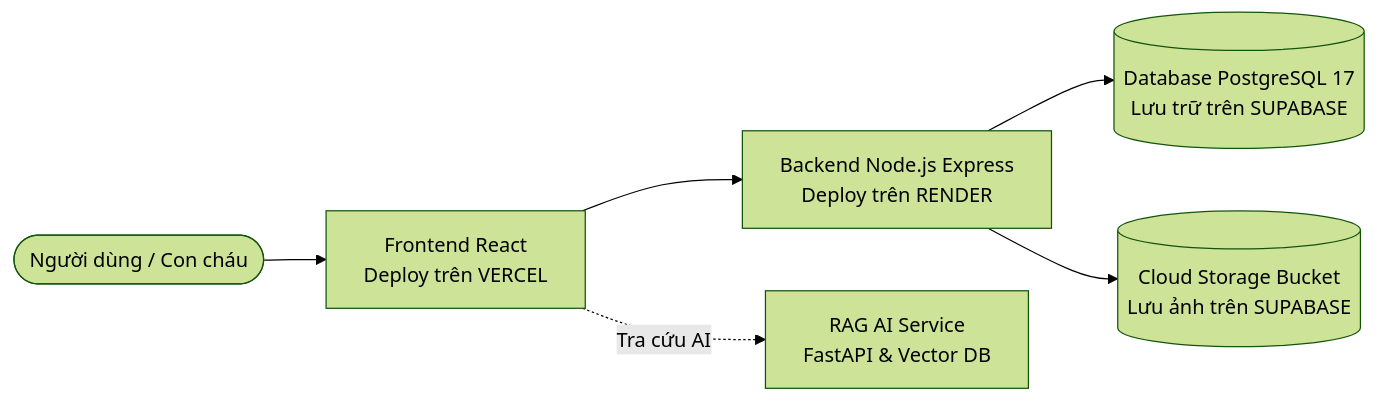
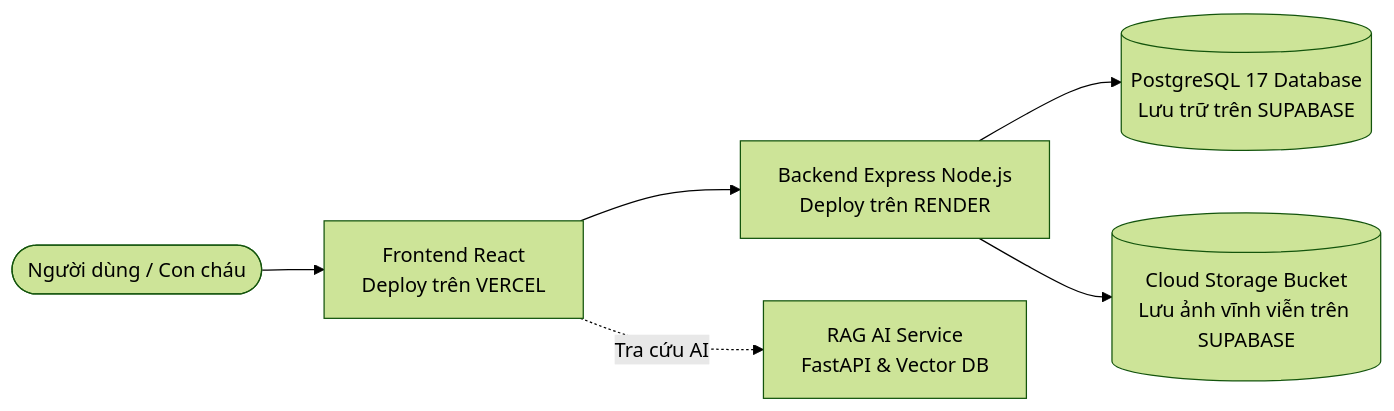
Before and after one commit to LGKAI/Portal-HoLeVan-Phai4-Chi2: the diagram in README.md, drawn with Mermaid (forest theme). The commit also changed other lines of this file and 4 other files, not shown here.

````diff
--- a/README.md
+++ b/README.md
@@ -13,8 +13,8 @@
 ```mermaid
 flowchart LR
     User([Người dùng / Con cháu]) --> Frontend[Frontend React\nDeploy trên VERCEL]
-    Frontend --> Backend[Backend Node.js Express\nDeploy trên RENDER]
-    Backend --> SupabaseDB[(Database PostgreSQL 17\nLưu trữ trên SUPABASE)]
-    Backend --> SupabaseStorage[(Cloud Storage Bucket\nLưu ảnh trên SUPABASE)]
+    Frontend --> Backend[Backend Express Node.js\nDeploy trên RENDER]
+    Backend --> SupabaseDB[(PostgreSQL 17 Database\nLưu trữ trên SUPABASE)]
+    Backend --> SupabaseStorage[(Cloud Storage Bucket\nLưu ảnh vĩnh viễn trên SUPABASE)]
     Frontend -. Tra cứu AI .-> RAG[RAG AI Service\nFastAPI & Vector DB]
 ```
````
